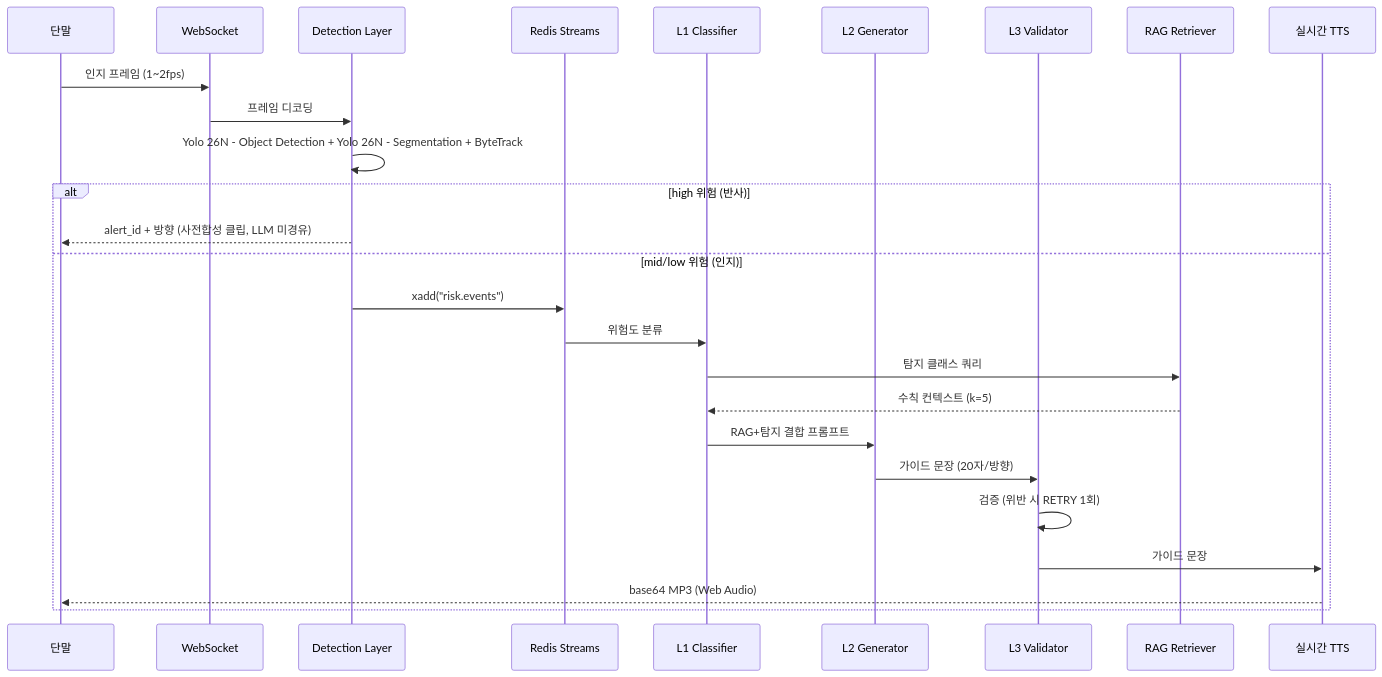
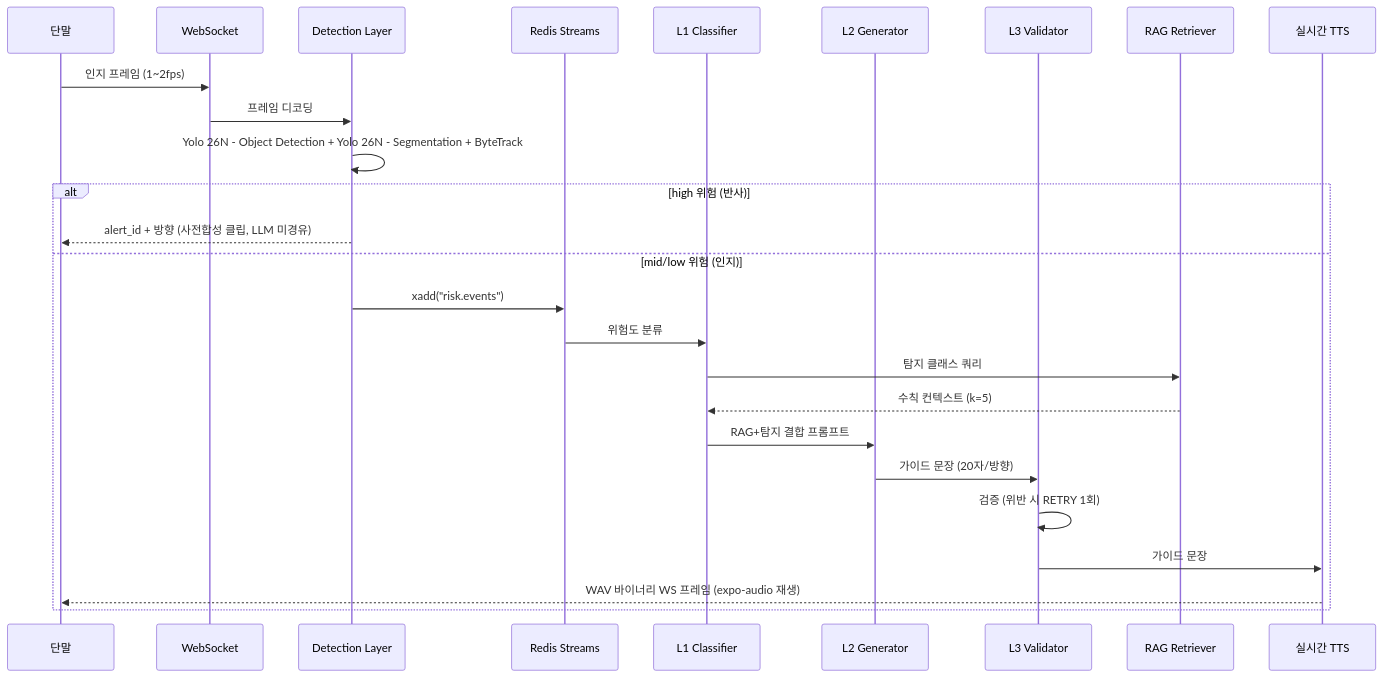
Before and after one commit to Groog-sudo/Minchodan: the second of 2 diagrams in docs/design/architecture.md, drawn with Mermaid. The commit also changed other lines of this file and 5 other files, not shown here.

````diff
--- a/docs/design/architecture.md
+++ b/docs/design/architecture.md
@@ -332,29 +362,29 @@
 ```mermaid
 sequenceDiagram
     participant Phone as 단말
     participant WS as WebSocket
     participant Det as Detection Layer
     participant Redis as Redis Streams
     participant L1 as L1 Classifier
     participant L2 as L2 Generator
     participant L3 as L3 Validator
     participant RAG as RAG Retriever
     participant TTS as 실시간 TTS
 
     Phone->>WS: 인지 프레임 (1~2fps)
     WS->>Det: 프레임 디코딩
     Det->>Det: Yolo 26N - Object Detection + Yolo 26N - Segmentation + ByteTrack
     alt high 위험 (반사)
         Det-->>Phone: alert_id + 방향 (사전합성 클립, LLM 미경유)
     else mid/low 위험 (인지)
         Det->>Redis: xadd("risk.events")
         Redis->>L1: 위험도 분류
         L1->>RAG: 탐지 클래스 쿼리
         RAG-->>L1: 수칙 컨텍스트 (k=5)
         L1->>L2: RAG+탐지 결합 프롬프트
         L2->>L3: 가이드 문장 (20자/방향)
         L3->>L3: 검증 (위반 시 RETRY 1회)
         L3->>TTS: 가이드 문장
-        TTS-->>Phone: base64 MP3 (Web Audio)
+        TTS-->>Phone: WAV 바이너리 WS 프레임 (expo-audio 재생)
     end
 ```
````
